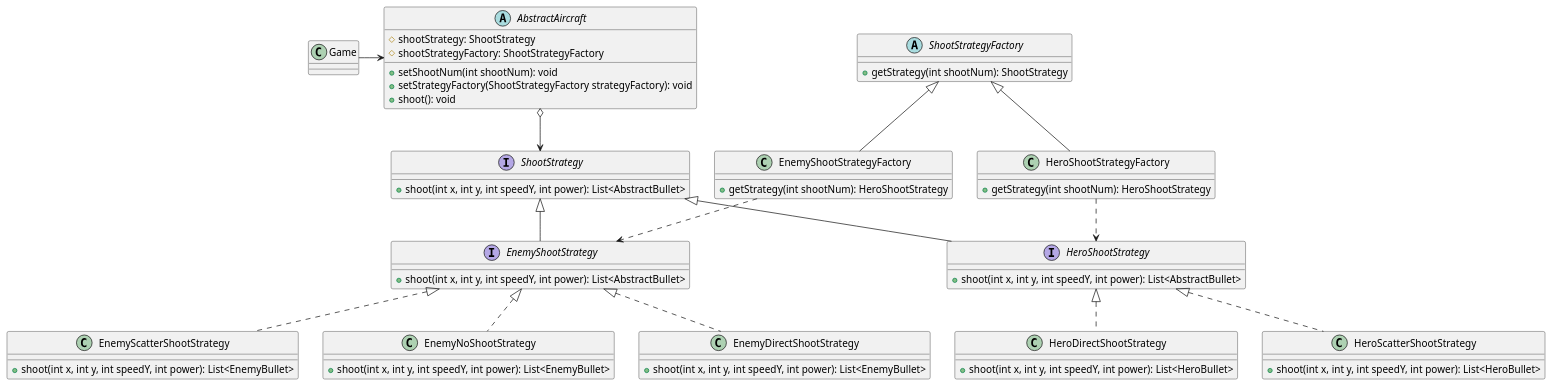
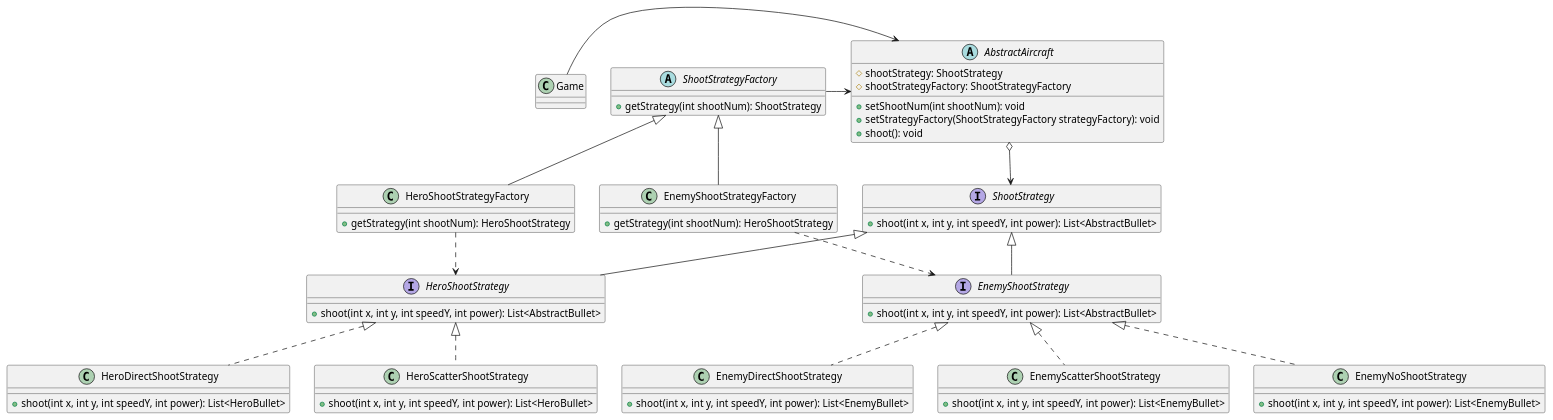
Before and after one commit to Jim-shop/AircraftWar: the diagram in uml/StrategyPattern-ex4.puml, drawn with PlantUML. The commit also changed 8 other files, not shown here.

```diff
--- a/uml/StrategyPattern-ex4.puml
+++ b/uml/StrategyPattern-ex4.puml
@@ -1,65 +1,66 @@
 @startuml
 
 interface ShootStrategy {
     + shoot(int x, int y, int speedY, int power): List<AbstractBullet>
 }
 
 interface HeroShootStrategy extends ShootStrategy {
     + shoot(int x, int y, int speedY, int power): List<AbstractBullet>
 }
 
 interface EnemyShootStrategy extends ShootStrategy {
     + shoot(int x, int y, int speedY, int power): List<AbstractBullet>
 }
 
 class HeroDirectShootStrategy implements HeroShootStrategy {
     + shoot(int x, int y, int speedY, int power): List<HeroBullet>
 }
 
 class HeroScatterShootStrategy implements HeroShootStrategy {
     + shoot(int x, int y, int speedY, int power): List<HeroBullet>
 }
 
 class EnemyNoShootStrategy implements EnemyShootStrategy {
     + shoot(int x, int y, int speedY, int power): List<EnemyBullet>
 }
 
 class EnemyDirectShootStrategy implements EnemyShootStrategy {
     + shoot(int x, int y, int speedY, int power): List<EnemyBullet>
 }
 
 class EnemyScatterShootStrategy implements EnemyShootStrategy {
     + shoot(int x, int y, int speedY, int power): List<EnemyBullet>
 }
 
 abstract class ShootStrategyFactory {
     + getStrategy(int shootNum): ShootStrategy
 }
 
 class HeroShootStrategyFactory extends ShootStrategyFactory {
     + getStrategy(int shootNum): HeroShootStrategy
 }
 
 class EnemyShootStrategyFactory extends ShootStrategyFactory {
     + getStrategy(int shootNum): HeroShootStrategy
 }
 
 HeroShootStrategyFactory ..> HeroShootStrategy
 EnemyShootStrategyFactory ..> EnemyShootStrategy
 
 abstract class AbstractAircraft {
     # shootStrategy: ShootStrategy
     # shootStrategyFactory: ShootStrategyFactory
     + setShootNum(int shootNum): void
     + setStrategyFactory(ShootStrategyFactory strategyFactory): void
 '    + setStrategy(ShootStrategy strategy): void
     + shoot(): void
 }
 
 AbstractAircraft o--> ShootStrategy
 
 class Game {}
 
+ShootStrategyFactory -> AbstractAircraft
 Game -> AbstractAircraft
 
 @enduml
```
